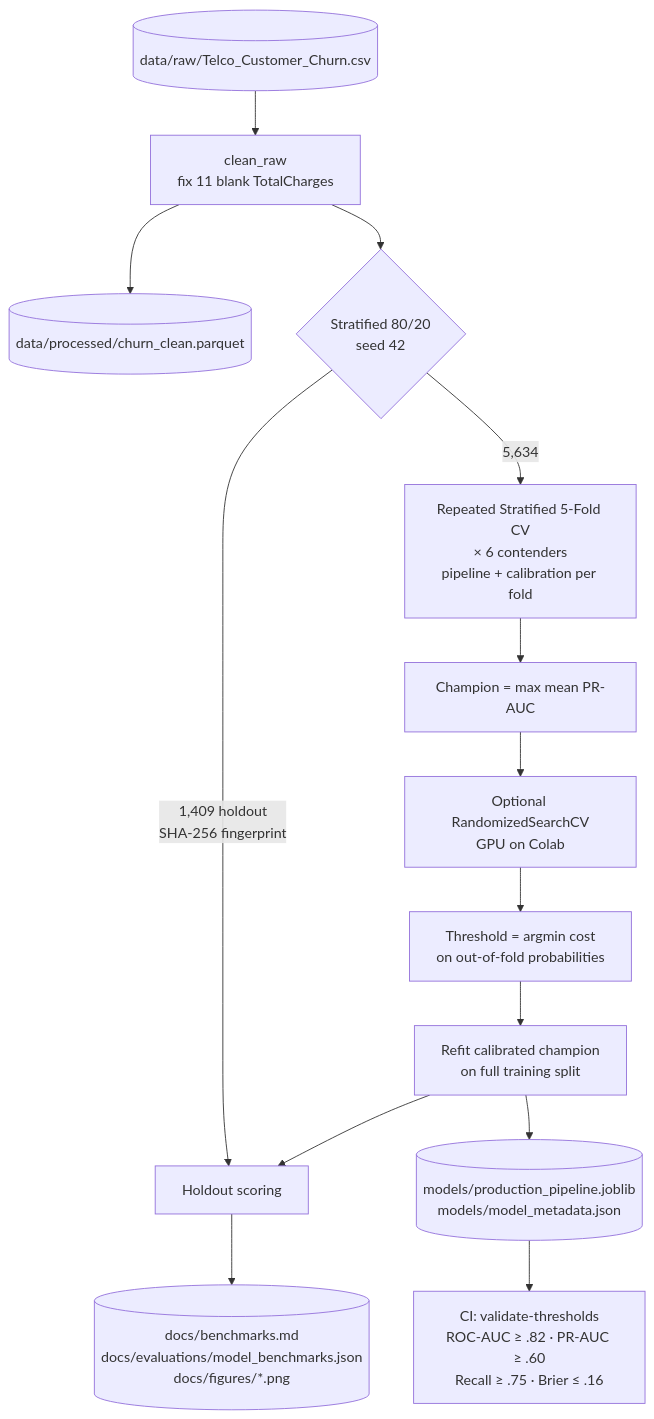
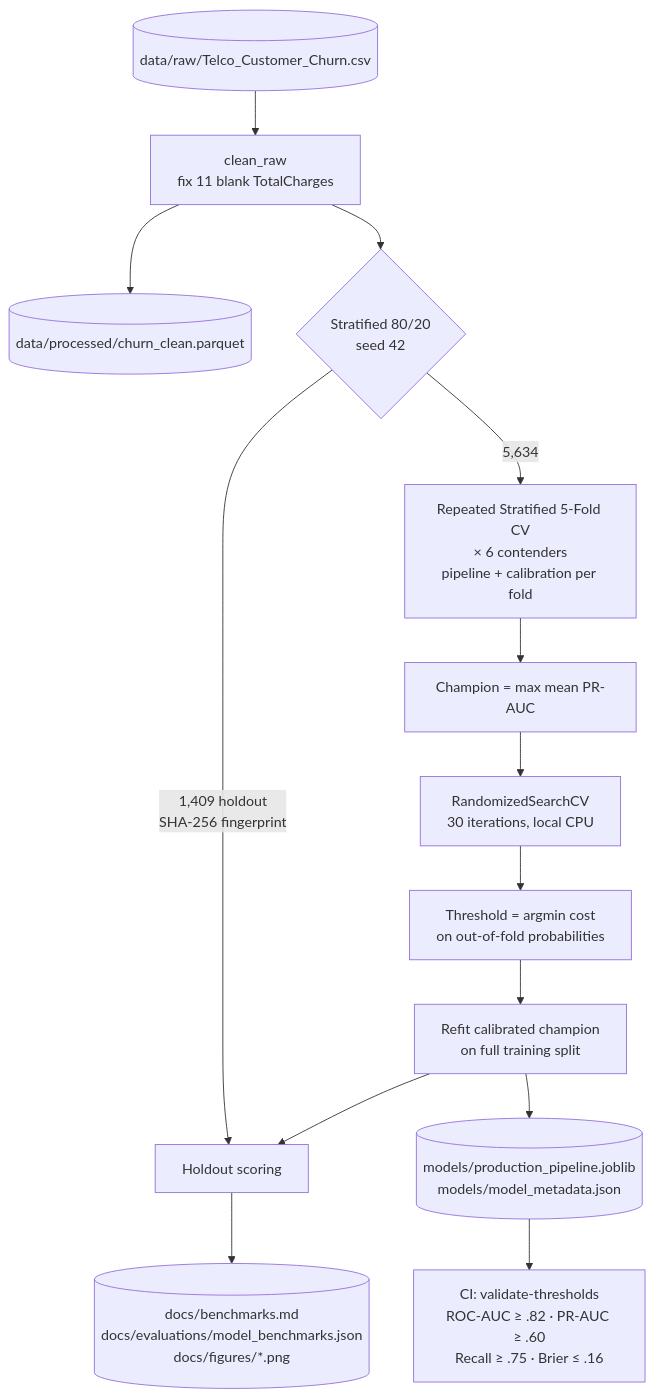
One commit to KrishKamra/Customer_Churn_Prediction changed the fifth of 6 diagrams in docs/architecture.md. Above: the diagram before and after it, drawn with Mermaid. The commit also changed other lines of this file and 22 other files, not shown here.

First line of the commit message:
refactor: run everything locally on CPU and remove Colab/GPU support

````diff
--- a/docs/architecture.md
+++ b/docs/architecture.md
@@ -164,16 +161,16 @@
 ```mermaid
 flowchart TB
     raw[(data/raw/Telco_Customer_Churn.csv)] --> clean[clean_raw<br/>fix 11 blank TotalCharges]
     clean --> pq[(data/processed/churn_clean.parquet)]
     clean --> split{Stratified 80/20<br/>seed 42}
     split -->|5,634| cv[Repeated Stratified 5-Fold CV<br/>× 6 contenders<br/>pipeline + calibration per fold]
     split -->|1,409 holdout<br/>SHA-256 fingerprint| hold[Holdout scoring]
     cv --> champ[Champion = max mean PR-AUC]
-    champ --> tune[Optional RandomizedSearchCV<br/>GPU on Colab]
+    champ --> tune[RandomizedSearchCV<br/>30 iterations, local CPU]
     tune --> thr[Threshold = argmin cost<br/>on out-of-fold probabilities]
     thr --> fit[Refit calibrated champion<br/>on full training split]
     fit --> hold
     fit --> art[(models/production_pipeline.joblib<br/>models/model_metadata.json)]
     hold --> rep[(docs/benchmarks.md<br/>docs/evaluations/model_benchmarks.json<br/>docs/figures/*.png)]
     art --> ci[CI: validate-thresholds<br/>ROC-AUC ≥ .82 · PR-AUC ≥ .60<br/>Recall ≥ .75 · Brier ≤ .16]
 ```
````
